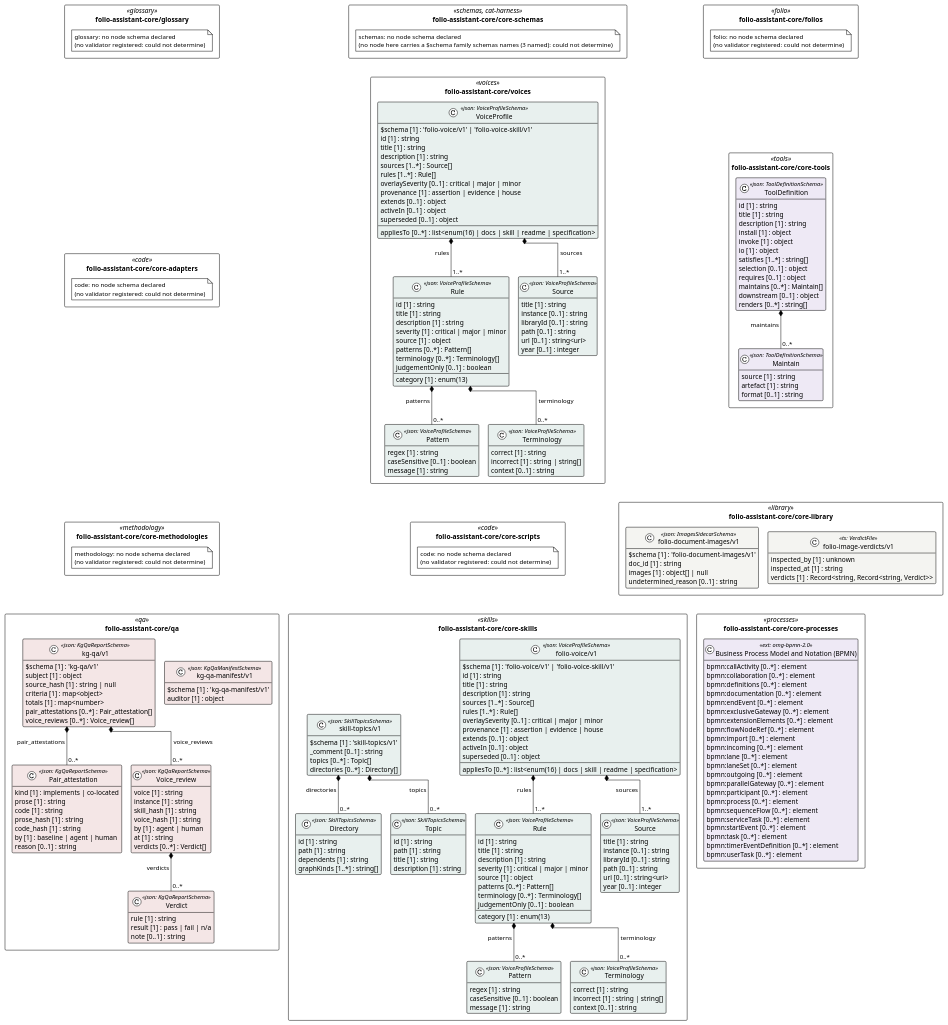
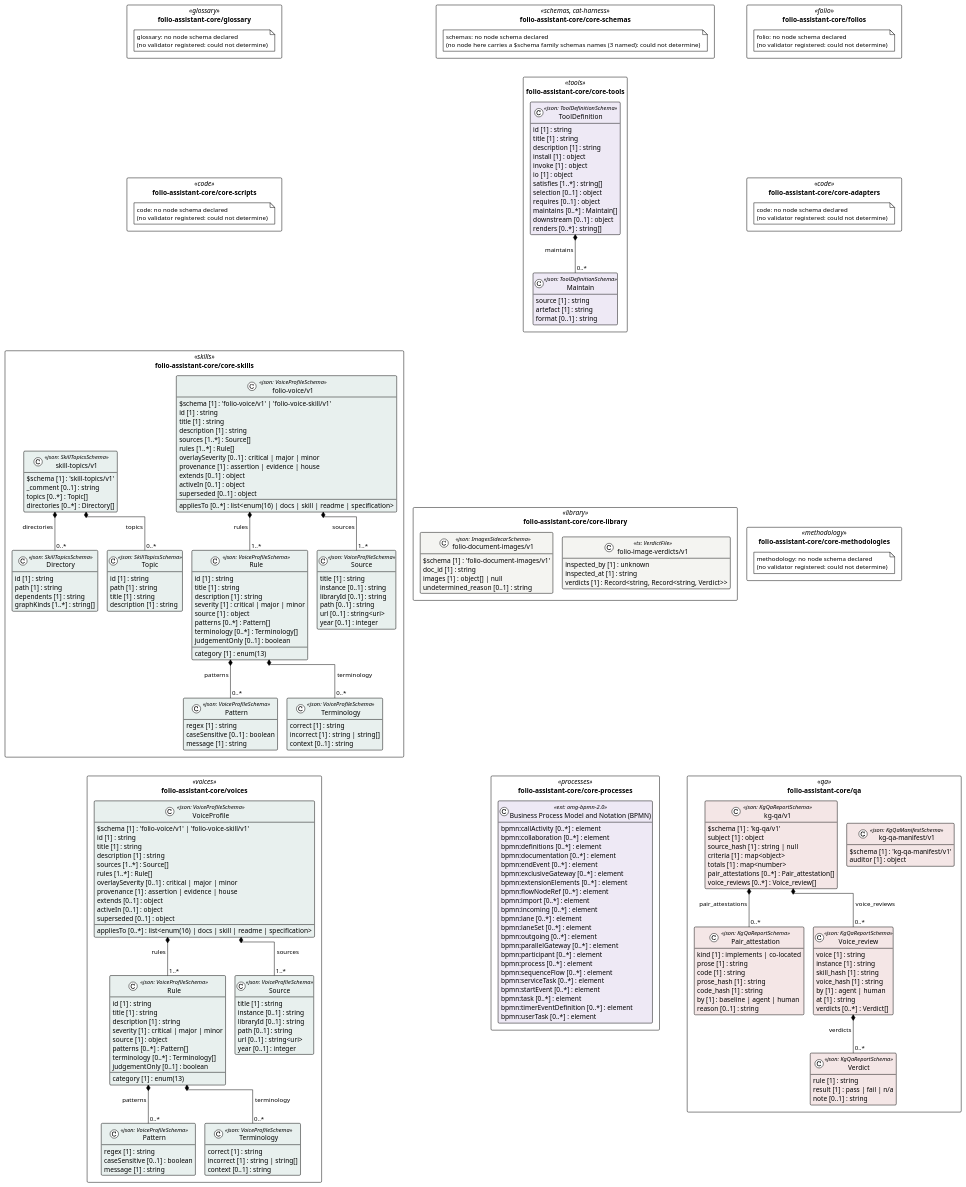
One commit to litlfred/folio-assistant changed the diagram in cat-harness/uml/overview/folio-assistant-core.puml. Above: the diagram before and after it, drawn with PlantUML. The commit also changed 9 other files, not shown here.

```diff
--- a/cat-harness/uml/overview/folio-assistant-core.puml
+++ b/cat-harness/uml/overview/folio-assistant-core.puml
@@ -16,51 +16,6 @@
 }
 package "folio-assistant-core/glossary" as pkg_folio_assistant_core_glossary <<glossary>> {
   note "glossary: no node schema declared\n(no validator registered: could not determine)" as n_folio_assistant_core_glossary_glossary
-}
-package "folio-assistant-core/voices" as pkg_folio_assistant_core_voices <<voices>> {
-  class "Source" as folio_assistant_core_voices_Source <<json: VoiceProfileSchema>> #e8f0ee {
-    title [1] : string
-    instance [0..1] : string
-    libraryId [0..1] : string
-    path [0..1] : string
-    url [0..1] : string<uri>
-    year [0..1] : integer
-  }
-  class "Pattern" as folio_assistant_core_voices_Pattern <<json: VoiceProfileSchema>> #e8f0ee {
-    regex [1] : string
-    caseSensitive [0..1] : boolean
-    message [1] : string
-  }
-  class "Terminology" as folio_assistant_core_voices_Terminology <<json: VoiceProfileSchema>> #e8f0ee {
-    correct [1] : string
-    incorrect [1] : string | string[]
-    context [0..1] : string
-  }
-  class "Rule" as folio_assistant_core_voices_Rule <<json: VoiceProfileSchema>> #e8f0ee {
-    id [1] : string
-    title [1] : string
-    description [1] : string
-    category [1] : enum(13)
-    severity [1] : critical | major | minor
-    source [1] : object
-    patterns [0..*] : Pattern[]
-    terminology [0..*] : Terminology[]
-    judgementOnly [0..1] : boolean
-  }
-  class "VoiceProfile" as folio_assistant_core_voices_VoiceProfile <<json: VoiceProfileSchema>> #e8f0ee {
-    $schema [1] : 'folio-voice/v1' | 'folio-voice-skill/v1'
-    id [1] : string
-    title [1] : string
-    description [1] : string
-    sources [1..*] : Source[]
-    rules [1..*] : Rule[]
-    overlaySeverity [0..1] : critical | major | minor
-    appliesTo [0..*] : list<enum(16) | docs | skill | readme | specification>
-    provenance [1] : assertion | evidence | house
-    extends [0..1] : object
-    activeIn [0..1] : object
-    superseded [0..1] : object
-  }
 }
 package "folio-assistant-core/core-tools" as pkg_folio_assistant_core_core_tools <<tools>> {
   class "Maintain" as folio_assistant_core_core_tools_Maintain <<json: ToolDefinitionSchema>> #eee9f5 {
@@ -232,11 +187,52 @@
     auditor [1] : object
   }
 }
+package "folio-assistant-core/voices" as pkg_folio_assistant_core_voices <<voices>> {
+  class "Source" as folio_assistant_core_voices_Source <<json: VoiceProfileSchema>> #e8f0ee {
+    title [1] : string
+    instance [0..1] : string
+    libraryId [0..1] : string
+    path [0..1] : string
+    url [0..1] : string<uri>
+    year [0..1] : integer
+  }
+  class "Pattern" as folio_assistant_core_voices_Pattern <<json: VoiceProfileSchema>> #e8f0ee {
+    regex [1] : string
+    caseSensitive [0..1] : boolean
+    message [1] : string
+  }
+  class "Terminology" as folio_assistant_core_voices_Terminology <<json: VoiceProfileSchema>> #e8f0ee {
+    correct [1] : string
+    incorrect [1] : string | string[]
+    context [0..1] : string
+  }
+  class "Rule" as folio_assistant_core_voices_Rule <<json: VoiceProfileSchema>> #e8f0ee {
+    id [1] : string
+    title [1] : string
+    description [1] : string
+    category [1] : enum(13)
+    severity [1] : critical | major | minor
+    source [1] : object
+    patterns [0..*] : Pattern[]
+    terminology [0..*] : Terminology[]
+    judgementOnly [0..1] : boolean
+  }
+  class "VoiceProfile" as folio_assistant_core_voices_VoiceProfile <<json: VoiceProfileSchema>> #e8f0ee {
+    $schema [1] : 'folio-voice/v1' | 'folio-voice-skill/v1'
+    id [1] : string
+    title [1] : string
+    description [1] : string
+    sources [1..*] : Source[]
+    rules [1..*] : Rule[]
+    overlaySeverity [0..1] : critical | major | minor
+    appliesTo [0..*] : list<enum(16) | docs | skill | readme | specification>
+    provenance [1] : assertion | evidence | house
+    extends [0..1] : object
+    activeIn [0..1] : object
+    superseded [0..1] : object
+  }
+}
 
-folio_assistant_core_voices_VoiceProfile *-- "1..*" folio_assistant_core_voices_Source : sources
-folio_assistant_core_voices_Rule *-- "0..*" folio_assistant_core_voices_Pattern : patterns
-folio_assistant_core_voices_Rule *-- "0..*" folio_assistant_core_voices_Terminology : terminology
-folio_assistant_core_voices_VoiceProfile *-- "1..*" folio_assistant_core_voices_Rule : rules
 folio_assistant_core_core_tools_ToolDefinition *-- "0..*" folio_assistant_core_core_tools_Maintain : maintains
 folio_assistant_core_core_skills_folio_voice_v1_folio_voice_v1 *-- "1..*" folio_assistant_core_core_skills_folio_voice_v1_Source : sources
 folio_assistant_core_core_skills_folio_voice_v1_Rule *-- "0..*" folio_assistant_core_core_skills_folio_voice_v1_Pattern : patterns
@@ -247,14 +243,18 @@
 folio_assistant_core_qa_kg_qa_v1_kg_qa_v1 *-- "0..*" folio_assistant_core_qa_kg_qa_v1_Pair_attestation : pair_attestations
 folio_assistant_core_qa_kg_qa_v1_Voice_review *-- "0..*" folio_assistant_core_qa_kg_qa_v1_Verdict : verdicts
 folio_assistant_core_qa_kg_qa_v1_kg_qa_v1 *-- "0..*" folio_assistant_core_qa_kg_qa_v1_Voice_review : voice_reviews
-' grid: portrait, 3 column(s) — pkg_folio_assistant_core_core_schemas pkg_folio_assistant_core_folios pkg_folio_assistant_core_glossary pkg_folio_assistant_core_voices pkg_folio_assistant_core_core_tools pkg_folio_assistant_core_core_adapters pkg_folio_assistant_core_core_scripts pkg_folio_assistant_core_core_library pkg_folio_assistant_core_core_methodologies pkg_folio_assistant_core_core_skills pkg_folio_assistant_core_core_processes pkg_folio_assistant_core_qa
-pkg_folio_assistant_core_core_schemas -[hidden]down- pkg_folio_assistant_core_voices
-pkg_folio_assistant_core_folios -[hidden]down- pkg_folio_assistant_core_core_tools
-pkg_folio_assistant_core_glossary -[hidden]down- pkg_folio_assistant_core_core_adapters
-pkg_folio_assistant_core_voices -[hidden]down- pkg_folio_assistant_core_core_scripts
+folio_assistant_core_voices_VoiceProfile *-- "1..*" folio_assistant_core_voices_Source : sources
+folio_assistant_core_voices_Rule *-- "0..*" folio_assistant_core_voices_Pattern : patterns
+folio_assistant_core_voices_Rule *-- "0..*" folio_assistant_core_voices_Terminology : terminology
+folio_assistant_core_voices_VoiceProfile *-- "1..*" folio_assistant_core_voices_Rule : rules
+' grid: portrait, 3 column(s) — pkg_folio_assistant_core_core_schemas pkg_folio_assistant_core_folios pkg_folio_assistant_core_glossary pkg_folio_assistant_core_core_tools pkg_folio_assistant_core_core_adapters pkg_folio_assistant_core_core_scripts pkg_folio_assistant_core_core_library pkg_folio_assistant_core_core_methodologies pkg_folio_assistant_core_core_skills pkg_folio_assistant_core_core_processes pkg_folio_assistant_core_qa pkg_folio_assistant_core_voices
+pkg_folio_assistant_core_core_schemas -[hidden]down- pkg_folio_assistant_core_core_tools
+pkg_folio_assistant_core_folios -[hidden]down- pkg_folio_assistant_core_core_adapters
+pkg_folio_assistant_core_glossary -[hidden]down- pkg_folio_assistant_core_core_scripts
 pkg_folio_assistant_core_core_tools -[hidden]down- pkg_folio_assistant_core_core_library
 pkg_folio_assistant_core_core_adapters -[hidden]down- pkg_folio_assistant_core_core_methodologies
 pkg_folio_assistant_core_core_scripts -[hidden]down- pkg_folio_assistant_core_core_skills
 pkg_folio_assistant_core_core_library -[hidden]down- pkg_folio_assistant_core_core_processes
 pkg_folio_assistant_core_core_methodologies -[hidden]down- pkg_folio_assistant_core_qa
+pkg_folio_assistant_core_core_skills -[hidden]down- pkg_folio_assistant_core_voices
 @enduml
```
